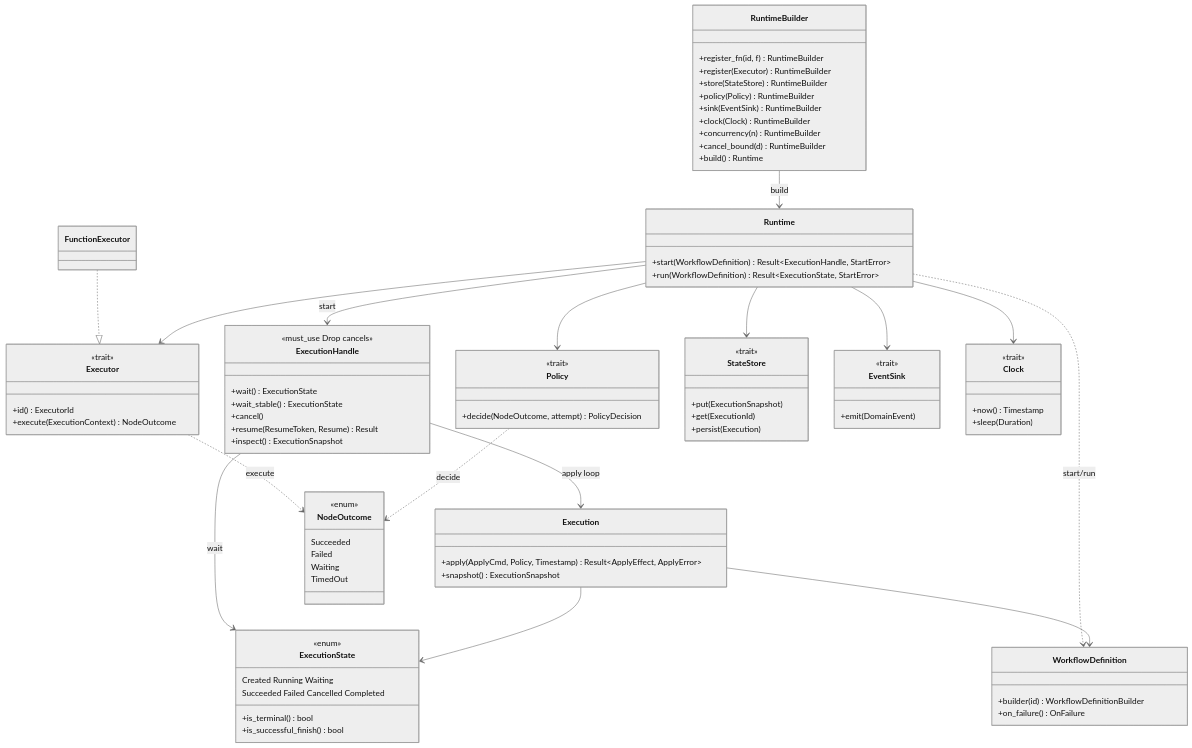
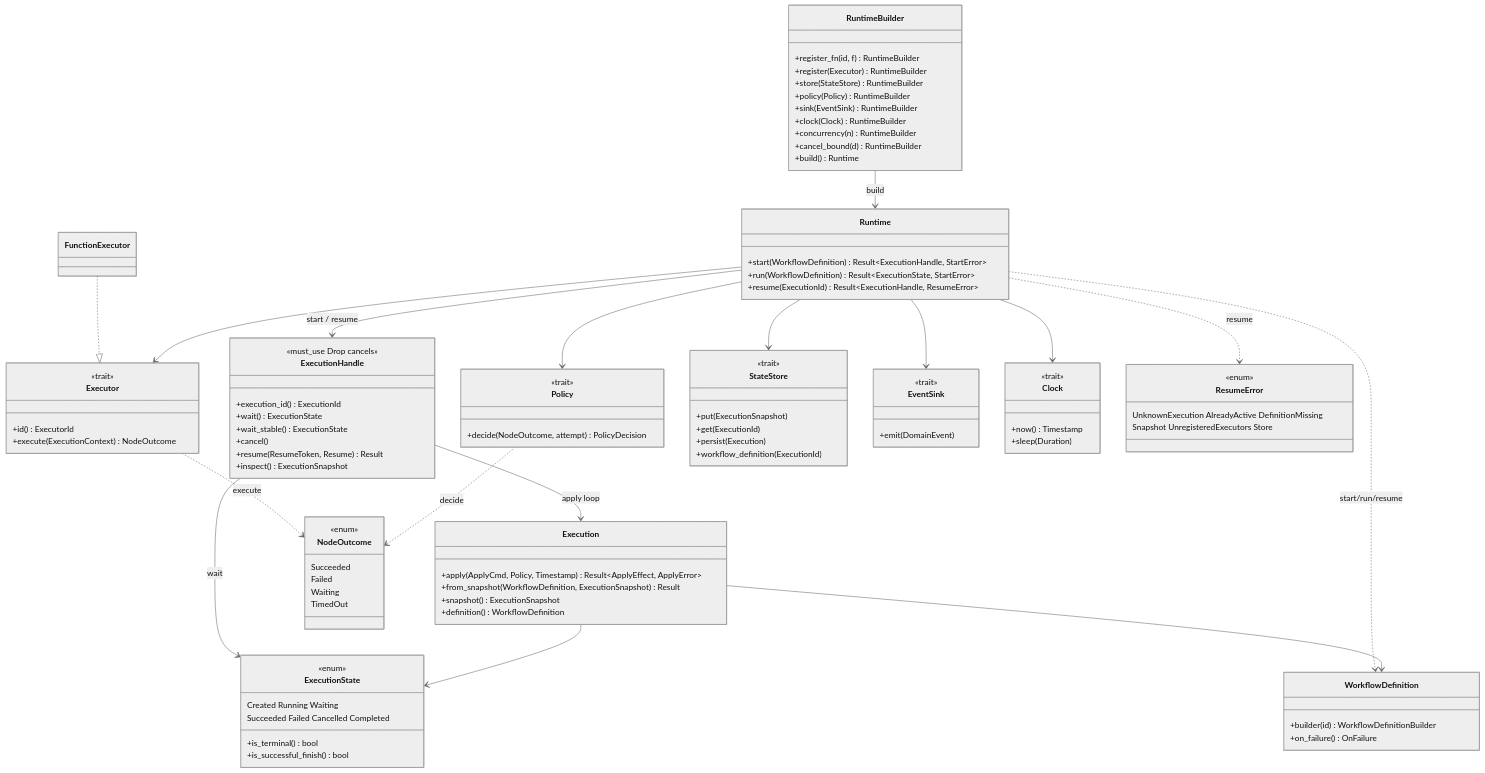
One commit to nessalabs/keel-rt changed the second of 2 diagrams in docs/ARCHITECTURE.md. Above: the diagram before and after it, drawn with Mermaid (neutral theme). The commit also changed other lines of this file and 4 other files, not shown here.

First line of the commit message:
docs: ADR 0004 and resume architecture

```diff
--- a/docs/ARCHITECTURE.md
+++ b/docs/ARCHITECTURE.md
@@ -115,9 +115,11 @@
   class Runtime {
     +start(WorkflowDefinition) Result~ExecutionHandle, StartError~
     +run(WorkflowDefinition) Result~ExecutionState, StartError~
+    +resume(ExecutionId) Result~ExecutionHandle, ResumeError~
   }
   class ExecutionHandle {
     <<must_use Drop cancels>>
+    +execution_id() ExecutionId
     +wait() ExecutionState
     +wait_stable() ExecutionState
     +cancel()
@@ -126,7 +128,9 @@
   }
   class Execution {
     +apply(ApplyCmd, Policy, Timestamp) Result~ApplyEffect, ApplyError~
+    +from_snapshot(WorkflowDefinition, ExecutionSnapshot) Result
     +snapshot() ExecutionSnapshot
+    +definition() WorkflowDefinition
   }
   class WorkflowDefinition {
     +builder(id) WorkflowDefinitionBuilder
@@ -146,6 +150,7 @@
     +put(ExecutionSnapshot)
     +get(ExecutionId)
     +persist(Execution)
+    +workflow_definition(ExecutionId)
   }
   class EventSink {
     <<trait>>
@@ -170,11 +175,17 @@
     +is_terminal() bool
     +is_successful_finish() bool
   }
+  class ResumeError {
+    <<enum>>
+    UnknownExecution AlreadyActive DefinitionMissing
+    Snapshot UnregisteredExecutors Store
+  }
   class FunctionExecutor
   FunctionExecutor ..|> Executor
   RuntimeBuilder --> Runtime : build
-  Runtime --> ExecutionHandle : start
-  Runtime ..> WorkflowDefinition : start/run
+  Runtime --> ExecutionHandle : start / resume
+  Runtime ..> WorkflowDefinition : start/run/resume
+  Runtime ..> ResumeError : resume
   Runtime --> Executor
   Runtime --> Policy
   Runtime --> StateStore
```
